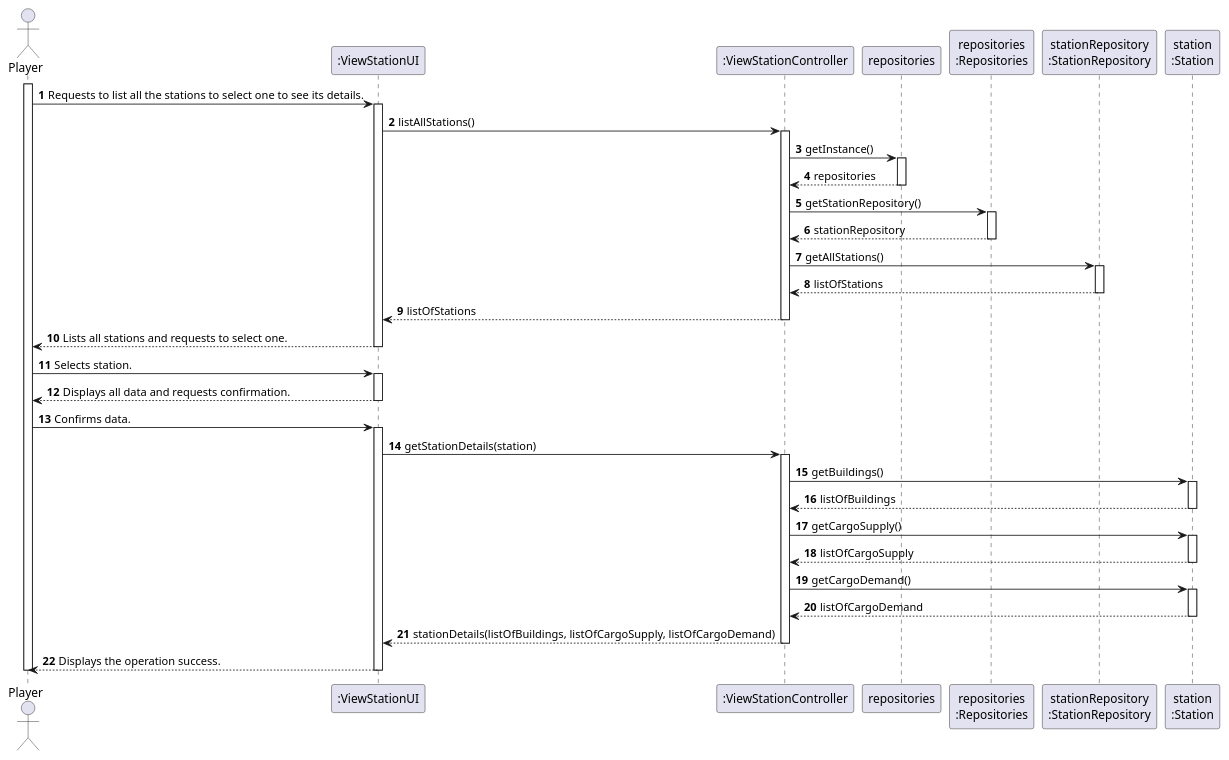
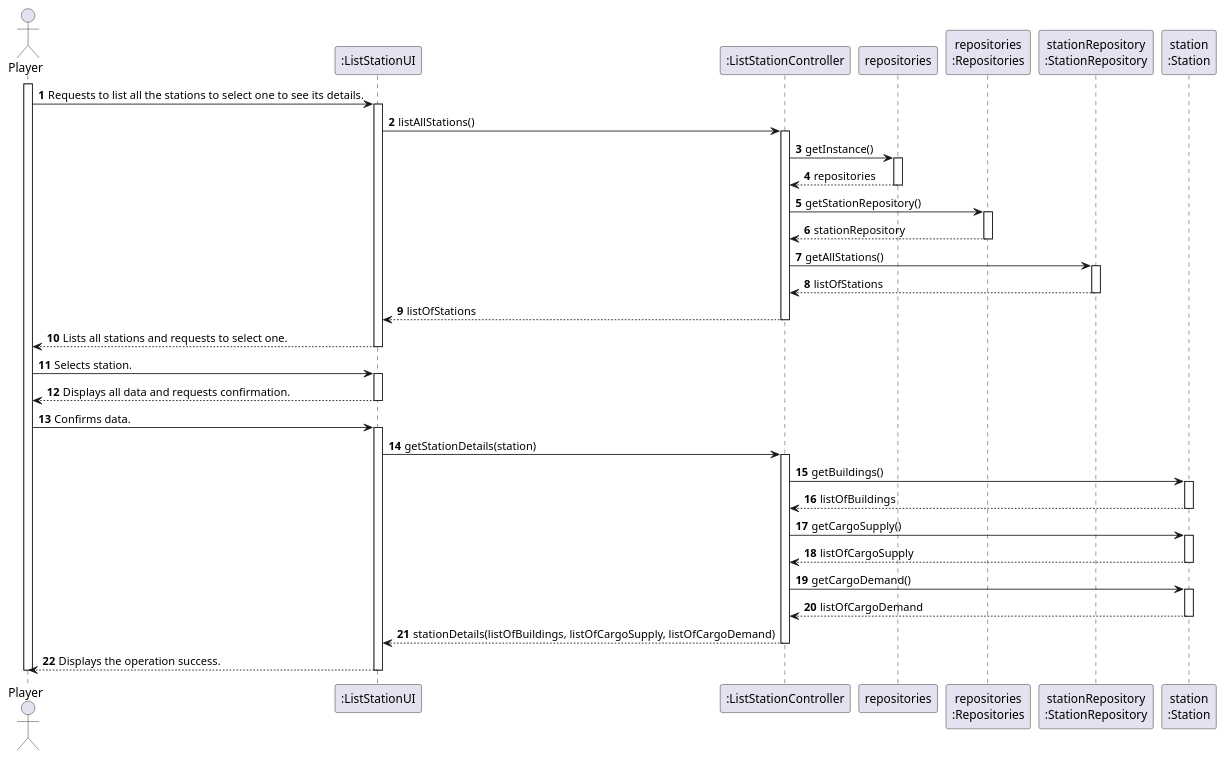
One commit to Andremonteiro1240850/railway_simulator changed the diagram in docs/system-documentation/US07/03.design.us07/puml/US07-SD-full.puml. Above: the diagram before and after it, drawn with PlantUML. The commit also changed 4 other files, not shown here.

```diff
--- a/docs/system-documentation/US07/03.design.us07/puml/US07-SD-full.puml
+++ b/docs/system-documentation/US07/03.design.us07/puml/US07-SD-full.puml
@@ -1,84 +1,84 @@
 @startuml
 skinparam packageStyle rectangle
 skinparam shadowing false
 
 autonumber
 
 actor "Player" as PLAYER
-participant ":ViewStationUI" as UI
-participant ":ViewStationController" as CTRL
+participant ":ListStationUI" as UI
+participant ":ListStationController" as CTRL
 participant "repositories" as REPOS
 participant "repositories\n:Repositories" as REPOS_SINGLE
 participant "stationRepository\n:StationRepository" as STATION_REPO
 participant "station\n:Station" as STATION
 
 activate PLAYER
 
 PLAYER -> UI : Requests to list all the stations to select one to see its details.
 activate UI
 
 UI -> CTRL : listAllStations()
 activate CTRL
 
 CTRL -> REPOS : getInstance()
 activate REPOS
 
 REPOS --> CTRL : repositories
 deactivate REPOS
 
 CTRL -> REPOS_SINGLE : getStationRepository()
 activate REPOS_SINGLE
 
 REPOS_SINGLE --> CTRL : stationRepository
 deactivate REPOS_SINGLE
 
 CTRL -> STATION_REPO : getAllStations()
 activate STATION_REPO
 
 STATION_REPO --> CTRL : listOfStations
 deactivate STATION_REPO
 
 CTRL --> UI : listOfStations
 deactivate CTRL
 
 UI --> PLAYER : Lists all stations and requests to select one.
 deactivate UI
 
 PLAYER -> UI : Selects station.
 activate UI
 
 UI --> PLAYER : Displays all data and requests confirmation.
 deactivate UI
 
 PLAYER -> UI : Confirms data.
 activate UI
 
 UI -> CTRL : getStationDetails(station)
 activate CTRL
 
 CTRL -> STATION : getBuildings()
 activate STATION
 
 STATION --> CTRL : listOfBuildings
 deactivate STATION
 
 CTRL -> STATION : getCargoSupply()
 activate STATION
 
 STATION --> CTRL : listOfCargoSupply
 deactivate STATION
 
 CTRL -> STATION : getCargoDemand()
 activate STATION
 
 STATION --> CTRL : listOfCargoDemand
 deactivate STATION
 
 CTRL --> UI : stationDetails(listOfBuildings, listOfCargoSupply, listOfCargoDemand)
 deactivate CTRL
 
 UI --> PLAYER : Displays the operation success.
 deactivate UI
 
 deactivate PLAYER
 @enduml
```
